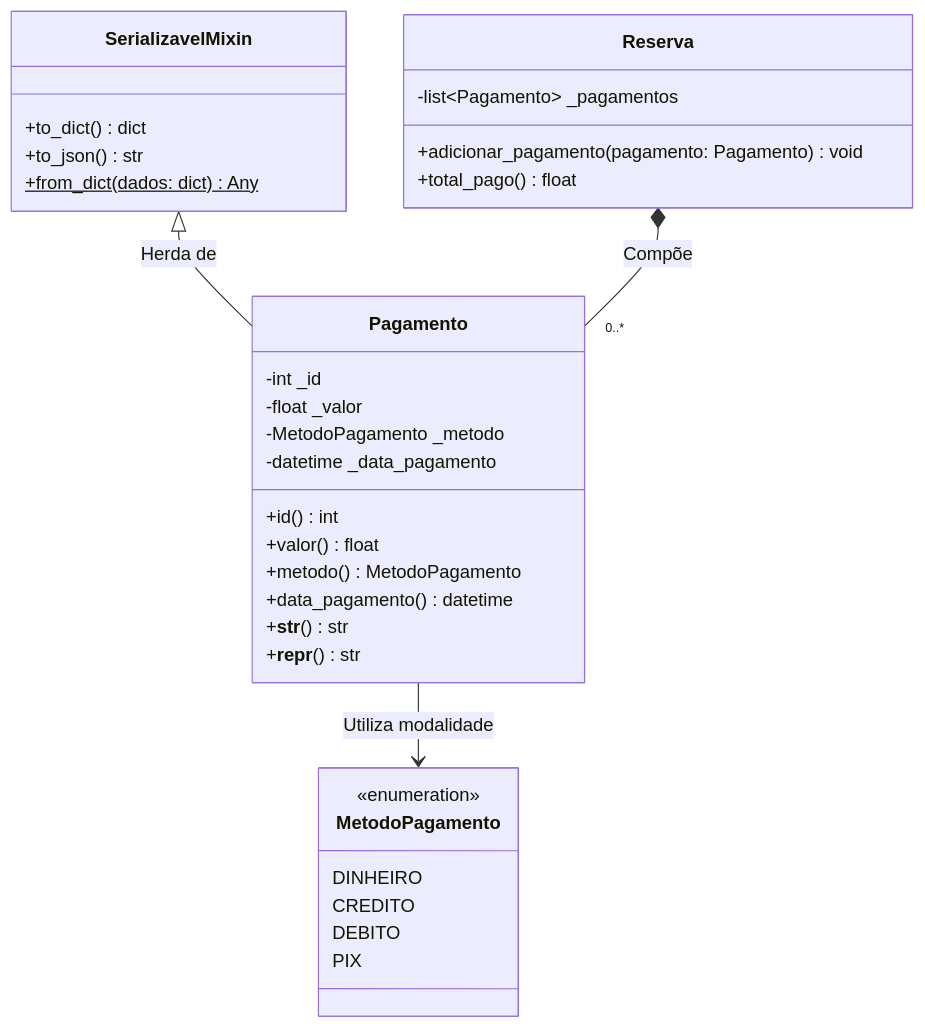
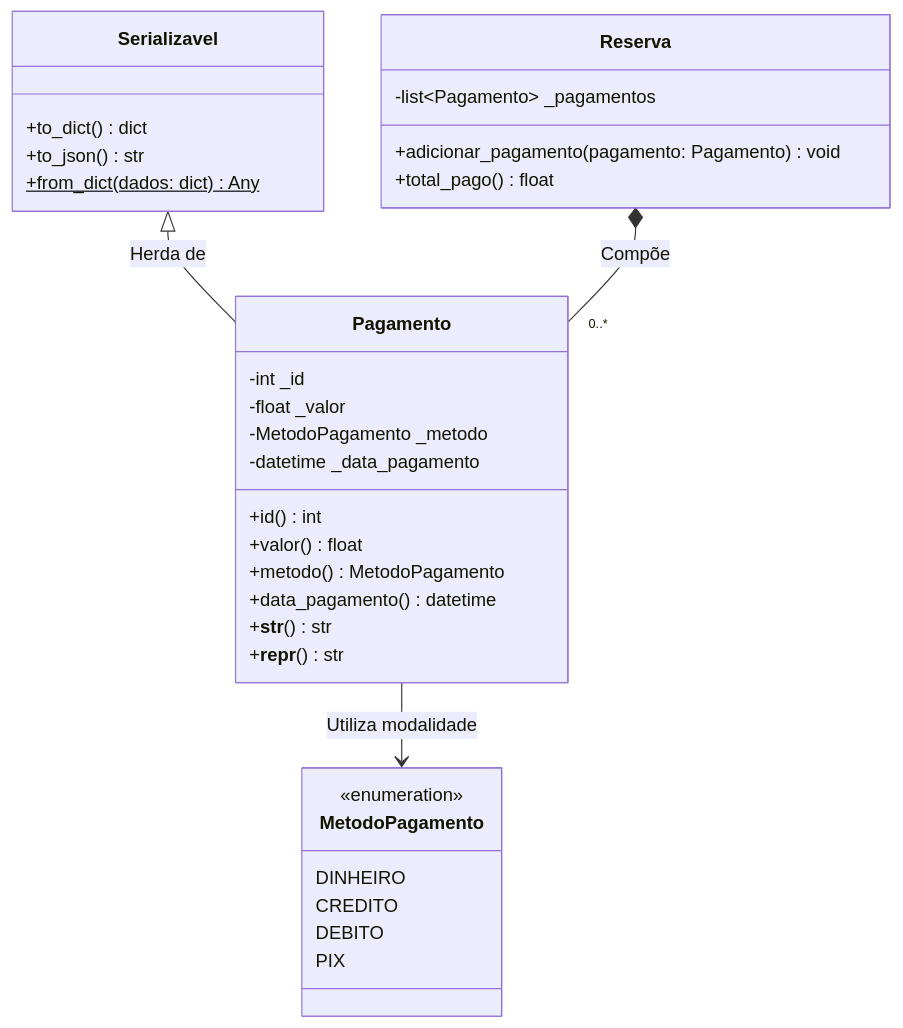
Diagram 15 of 23 in docs/uml_diagram.md (WandersonLobo/Sistema-de-Reserva-de-Hotel), drawn with Mermaid before and after one commit. The commit also changed other lines of this file and 1 other file, not shown here.

Commit message:
docs: update UML documentation to reflect class name changes from mixins to concrete classes

````diff
--- a/docs/uml_diagram.md
+++ b/docs/uml_diagram.md
@@ -592,41 +592,41 @@
 ```mermaid
 classDiagram
     %% Definição das Classes
-    class SerializavelMixin {
+    class Serializavel {
         +to_dict() dict
         +to_json() str
         +from_dict(dados: dict)$ Any
     }
 
     class Pagamento {
         -int _id
         -float _valor
         -MetodoPagamento _metodo
         -datetime _data_pagamento
         +id() int
         +valor() float
         +metodo() MetodoPagamento
         +data_pagamento() datetime
         +__str__() str
         +__repr__() str
     }
 
     class Reserva {
         -list~Pagamento~ _pagamentos
         +adicionar_pagamento(pagamento: Pagamento) void
         +total_pago() float
     }
 
     class MetodoPagamento {
         <<enumeration>>
         DINHEIRO
         CREDITO
         DEBITO
         PIX
     }
 
     %% Relações de Herança, Composição e Associação
-    SerializavelMixin <|-- Pagamento : Herda de
+    Serializavel <|-- Pagamento : Herda de
     Reserva *-- "0..*" Pagamento : Compõe
     Pagamento --> MetodoPagamento : Utiliza modalidade
 ```
````
